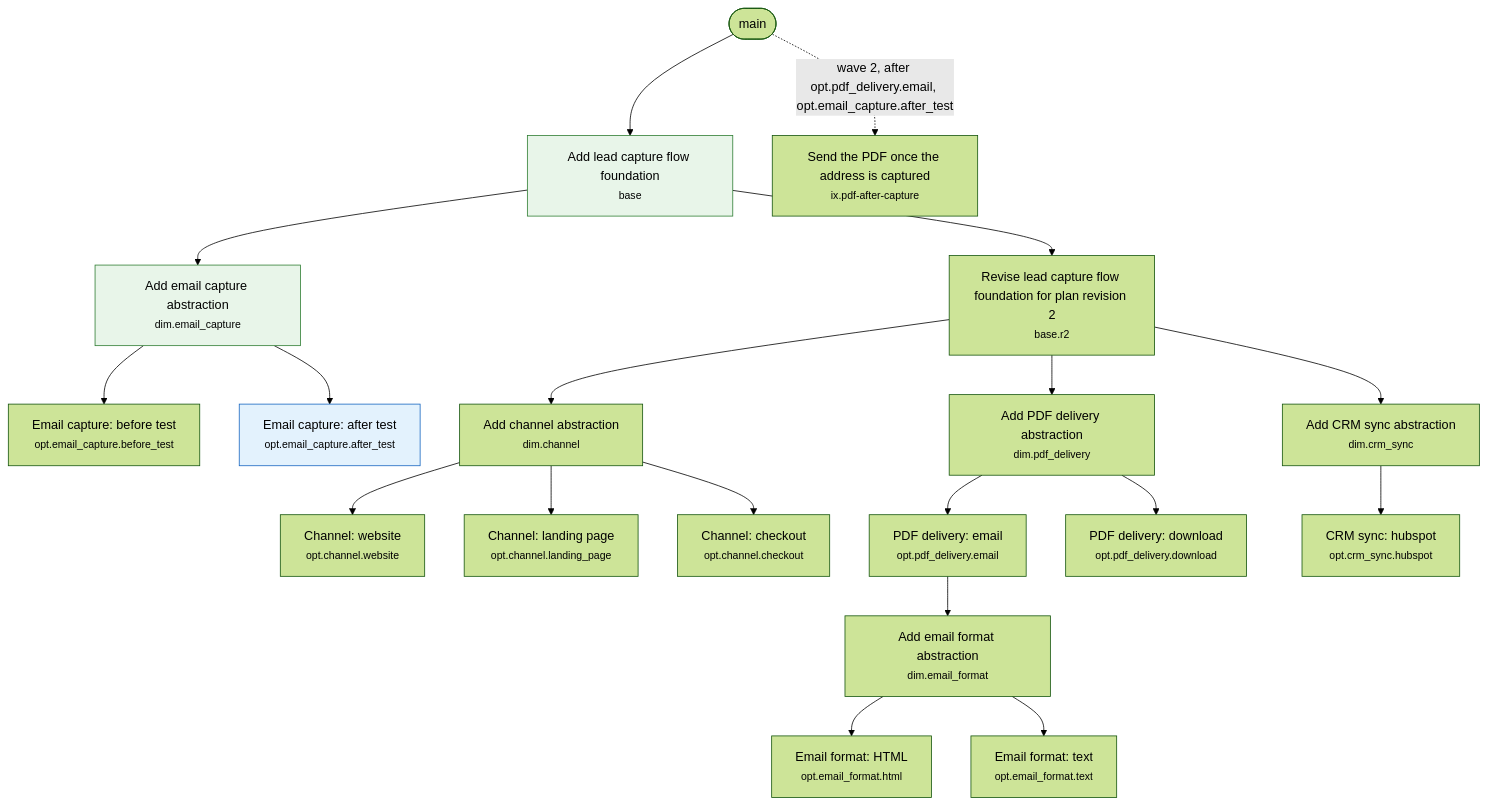
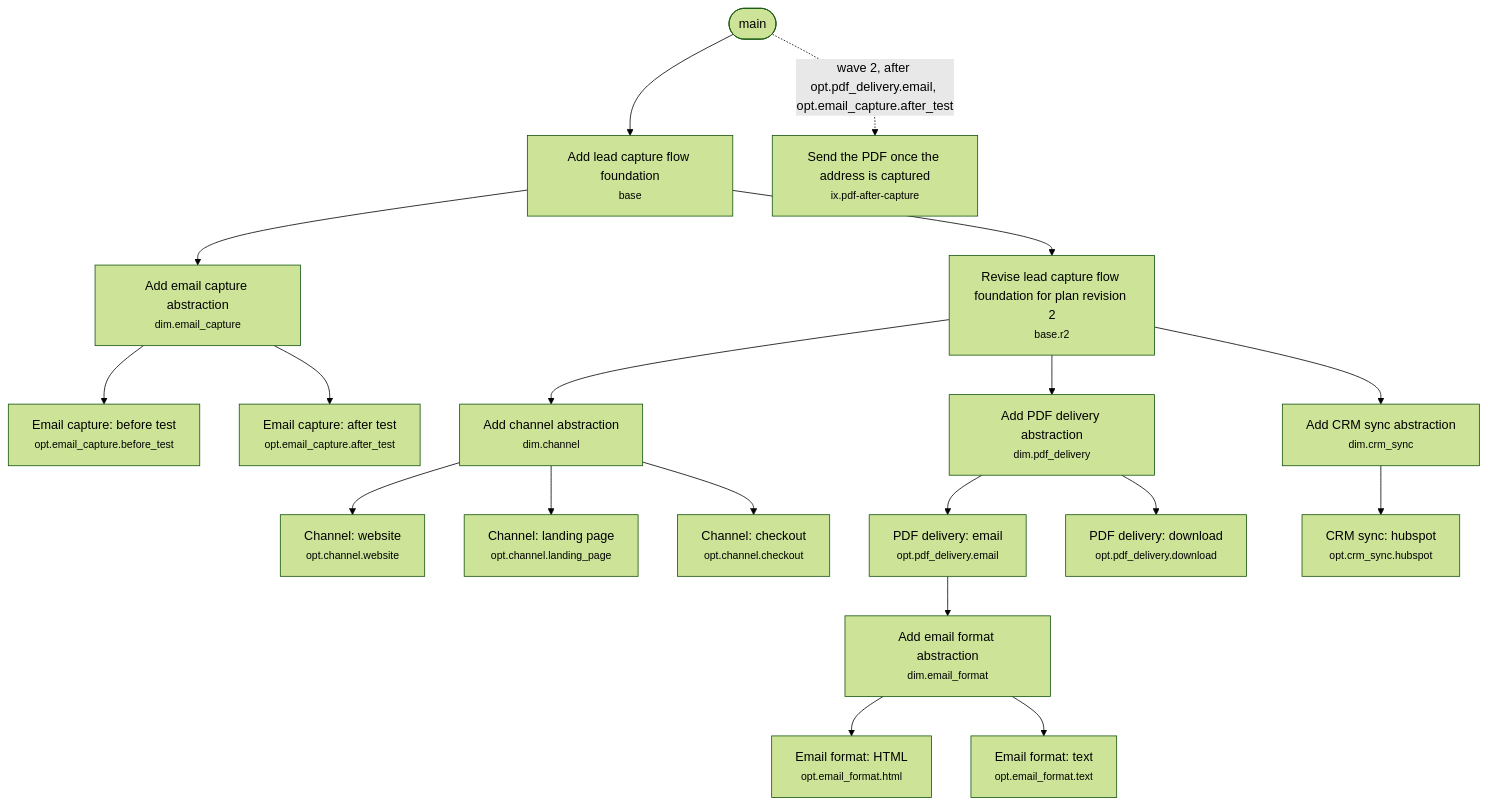
The second of 2 diagrams in examples/lead-capture-flow-r2.md (dnoegel/combinatorial-agentic-development-skill), drawn with Mermaid (forest theme) before and after one commit. The commit also changed other lines of this file and 30 other files, not shown here.

````diff
--- a/examples/lead-capture-flow-r2.md
+++ b/examples/lead-capture-flow-r2.md
@@ -289,44 +221,40 @@
 ```mermaid
 flowchart TD
   main(["main"])
   s_base["Add lead capture flow foundation<br/><small>base</small>"]
   s_dim_email_capture["Add email capture abstraction<br/><small>dim.email_capture</small>"]
   s_opt_email_capture_before_test["Email capture: before test<br/><small>opt.email_capture.before_test</small>"]
   s_opt_email_capture_after_test["Email capture: after test<br/><small>opt.email_capture.after_test</small>"]
   s_base_r2["Revise lead capture flow foundation for plan revision 2<br/><small>base.r2</small>"]
   s_dim_channel["Add channel abstraction<br/><small>dim.channel</small>"]
   s_dim_pdf_delivery["Add PDF delivery abstraction<br/><small>dim.pdf_delivery</small>"]
   s_dim_crm_sync["Add CRM sync abstraction<br/><small>dim.crm_sync</small>"]
   s_opt_channel_website["Channel: website<br/><small>opt.channel.website</small>"]
   s_opt_channel_landing_page["Channel: landing page<br/><small>opt.channel.landing_page</small>"]
   s_opt_channel_checkout["Channel: checkout<br/><small>opt.channel.checkout</small>"]
   s_opt_pdf_delivery_email["PDF delivery: email<br/><small>opt.pdf_delivery.email</small>"]
   s_dim_email_format["Add email format abstraction<br/><small>dim.email_format</small>"]
   s_opt_pdf_delivery_download["PDF delivery: download<br/><small>opt.pdf_delivery.download</small>"]
   s_opt_crm_sync_hubspot["CRM sync: hubspot<br/><small>opt.crm_sync.hubspot</small>"]
   s_opt_email_format_html["Email format: HTML<br/><small>opt.email_format.html</small>"]
   s_opt_email_format_text["Email format: text<br/><small>opt.email_format.text</small>"]
   s_ix_pdf_after_capture["Send the PDF once the address is captured<br/><small>ix.pdf-after-capture</small>"]
   main --> s_base
   s_base --> s_dim_email_capture
   s_dim_email_capture --> s_opt_email_capture_before_test
   s_dim_email_capture --> s_opt_email_capture_after_test
   s_base --> s_base_r2
   s_base_r2 --> s_dim_channel
   s_base_r2 --> s_dim_pdf_delivery
   s_base_r2 --> s_dim_crm_sync
   s_dim_channel --> s_opt_channel_website
   s_dim_channel --> s_opt_channel_landing_page
   s_dim_channel --> s_opt_channel_checkout
   s_dim_pdf_delivery --> s_opt_pdf_delivery_email
   s_opt_pdf_delivery_email --> s_dim_email_format
   s_dim_pdf_delivery --> s_opt_pdf_delivery_download
   s_dim_crm_sync --> s_opt_crm_sync_hubspot
   s_dim_email_format --> s_opt_email_format_html
   s_dim_email_format --> s_opt_email_format_text
   main -.->|"wave 2, after opt.pdf_delivery.email, opt.email_capture.after_test"| s_ix_pdf_after_capture
-  classDef merged fill:#e8f5e9,stroke:#2e7d32
-  class s_base,s_dim_email_capture merged
-  classDef mr_open fill:#e3f2fd,stroke:#1565c0
-  class s_opt_email_capture_after_test mr_open
 ```
````
